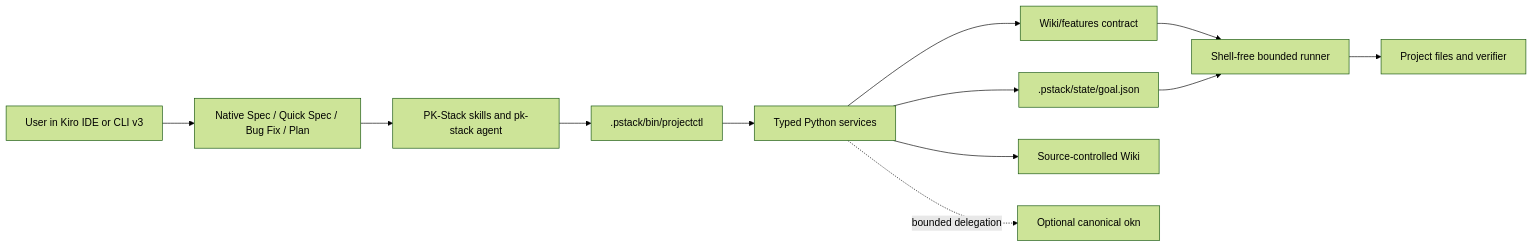
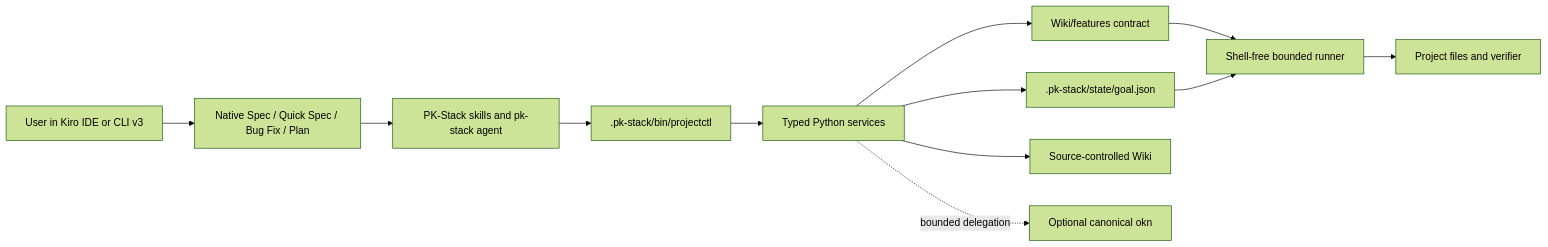
Before and after one commit to njs14/pkstack: the first of 2 diagrams in powers/pk-stack/docs/architecture.md, drawn with Mermaid (forest theme). The commit also changed other lines of this file and 304 other files, not shown here.

````diff
--- a/powers/pk-stack/docs/architecture.md
+++ b/powers/pk-stack/docs/architecture.md
@@ -37,24 +37,24 @@
 ```mermaid
 flowchart LR
     User[User in Kiro IDE or CLI v3]
     Plan[Native Spec / Quick Spec / Bug Fix / Plan]
     Skill[PK-Stack skills and pk-stack agent]
-    CLI[.pstack/bin/projectctl]
+    CLI[.pk-stack/bin/projectctl]
     Services[Typed Python services]
     Contract[Wiki/features contract]
-    Goal[.pstack/state/goal.json]
+    Goal[.pk-stack/state/goal.json]
     Runner[Shell-free bounded runner]
     Project[Project files and verifier]
     Wiki[Source-controlled Wiki]
     Okn[Optional canonical okn]
 
     User --> Plan --> Skill --> CLI
     CLI --> Services
     Services --> Contract
     Services --> Goal
     Contract --> Runner
     Goal --> Runner
     Runner --> Project
     Services --> Wiki
     Services -. bounded delegation .-> Okn
 ```
````
